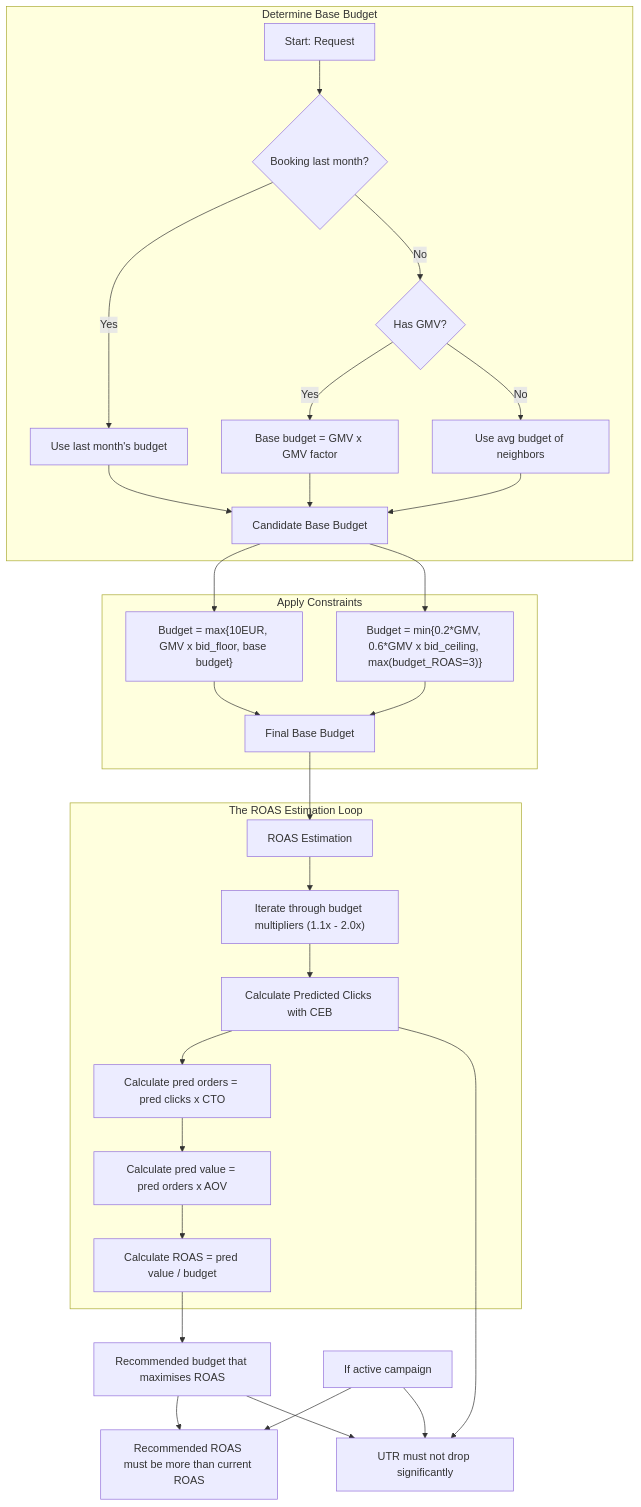
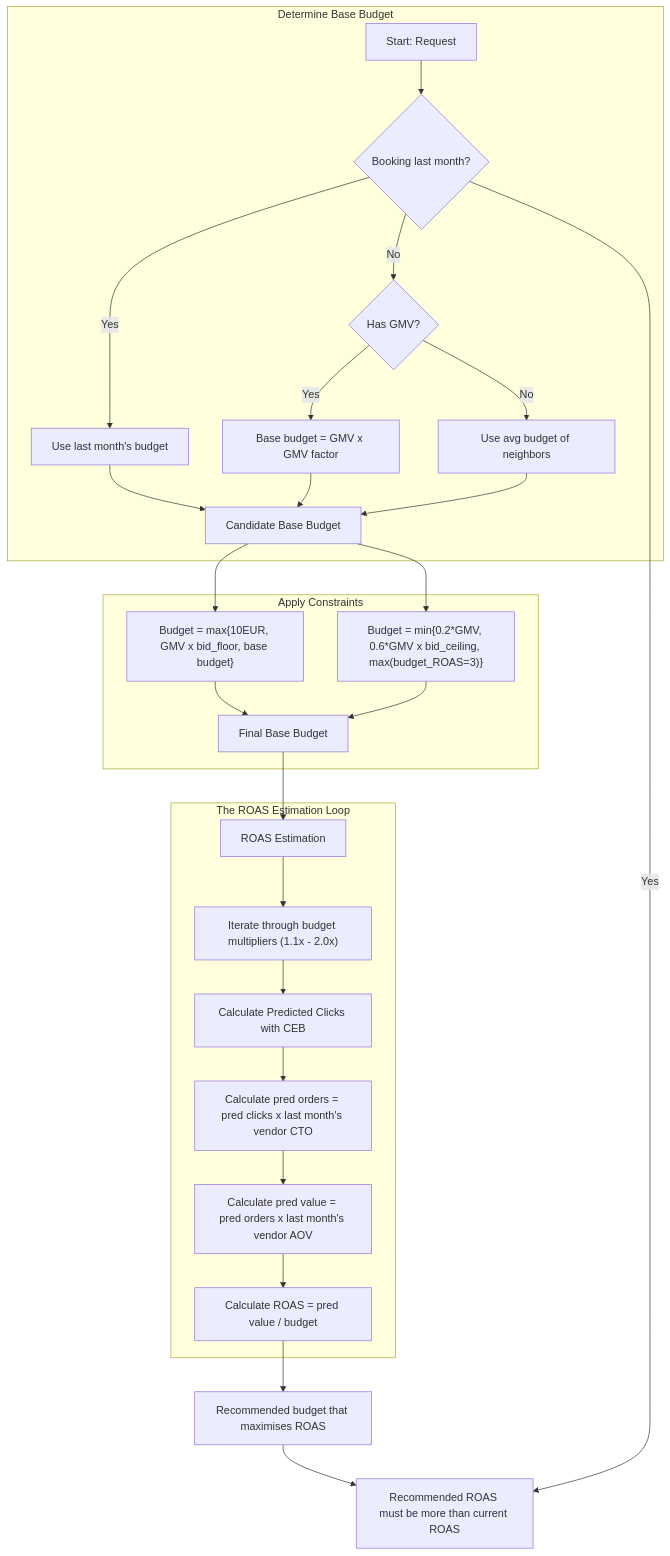
One commit to pdoupe/ad_hoc changed the diagram in mermaid/recommendations/current/cpc.mmd. Above: the diagram before and after it, drawn with Mermaid.

Commit message:
Updating CPC

```diff
--- a/mermaid/recommendations/current/cpc.mmd
+++ b/mermaid/recommendations/current/cpc.mmd
@@ -1,37 +1,34 @@
 graph TD
     %% CPC Budget Recommendation Process
     subgraph Determine Base Budget
         A[Start: Request] --> B{Booking last month?};
         B -- Yes --> C[Use last month's budget];
         B -- No --> D{Has GMV?};
         D -- Yes --> E[Base budget = GMV x GMV factor];
         D -- No --> F[Use avg budget of neighbors];
         C --> G[Candidate Base Budget];
         E --> G;
         F --> G;
     end
 
     subgraph Apply Constraints
         G --> H["Budget = max{10EUR, GMV x bid_floor, base budget}"];
         G --> I["Budget = min{0.2*GMV, 0.6*GMV x bid_ceiling, max(budget_ROAS=3)}"];
         H --> J[Final Base Budget];
         I --> J;
     end
 
     J --> K[ROAS Estimation];
 
     subgraph The ROAS Estimation Loop
         K --> L["Iterate through budget multipliers (1.1x - 2.0x)"];
         L --> M[Calculate Predicted Clicks with CEB];
-        M --> N[Calculate pred orders = pred clicks x CTO];
-        N --> O[Calculate pred value = pred orders x AOV];
+        M --> N[Calculate pred orders = pred clicks x last month's vendor CTO];
+        N --> O[Calculate pred value = pred orders x last month's vendor AOV];
         O --> P[Calculate ROAS = pred value / budget];
     end
 
     P --> Q[Recommended budget that maximises ROAS];
 
     Q --> S[Recommended ROAS must be more than current ROAS];
-    Q --> T;
-    M --> T;
-    R[If active campaign] --> S;
-    R --> T[UTR must not drop significantly];
+    B -- Yes --> S;
```
